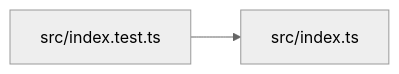
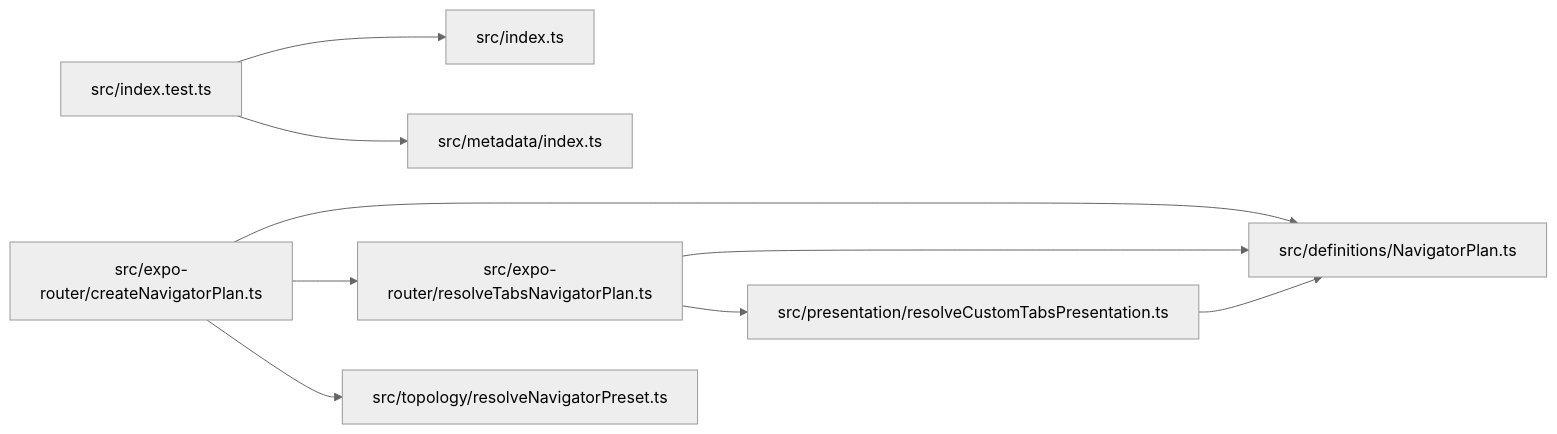
Before and after one commit to ankhorage/navigator: the diagram in paradox/diagrams/module-relationships.mmd, drawn with Mermaid (neutral theme). The commit also changed 26 other files, not shown here.

```diff
--- a/paradox/diagrams/module-relationships.mmd
+++ b/paradox/diagrams/module-relationships.mmd
@@ -1,4 +1,17 @@
 graph LR
+  module_src_definitions_NavigatorPlan_ts["src/definitions/NavigatorPlan.ts"]
+  module_src_expo_router_createNavigatorPlan_ts["src/expo-router/createNavigatorPlan.ts"]
+  module_src_expo_router_resolveTabsNavigatorPlan_ts["src/expo-router/resolveTabsNavigatorPlan.ts"]
   module_src_index_test_ts["src/index.test.ts"]
   module_src_index_ts["src/index.ts"]
+  module_src_metadata_index_ts["src/metadata/index.ts"]
+  module_src_presentation_resolveCustomTabsPresentation_ts["src/presentation/resolveCustomTabsPresentation.ts"]
+  module_src_topology_resolveNavigatorPreset_ts["src/topology/resolveNavigatorPreset.ts"]
+  module_src_expo_router_createNavigatorPlan_ts --> module_src_definitions_NavigatorPlan_ts
+  module_src_expo_router_createNavigatorPlan_ts --> module_src_expo_router_resolveTabsNavigatorPlan_ts
+  module_src_expo_router_createNavigatorPlan_ts --> module_src_topology_resolveNavigatorPreset_ts
+  module_src_expo_router_resolveTabsNavigatorPlan_ts --> module_src_definitions_NavigatorPlan_ts
+  module_src_expo_router_resolveTabsNavigatorPlan_ts --> module_src_presentation_resolveCustomTabsPresentation_ts
   module_src_index_test_ts --> module_src_index_ts
+  module_src_index_test_ts --> module_src_metadata_index_ts
+  module_src_presentation_resolveCustomTabsPresentation_ts --> module_src_definitions_NavigatorPlan_ts
```
